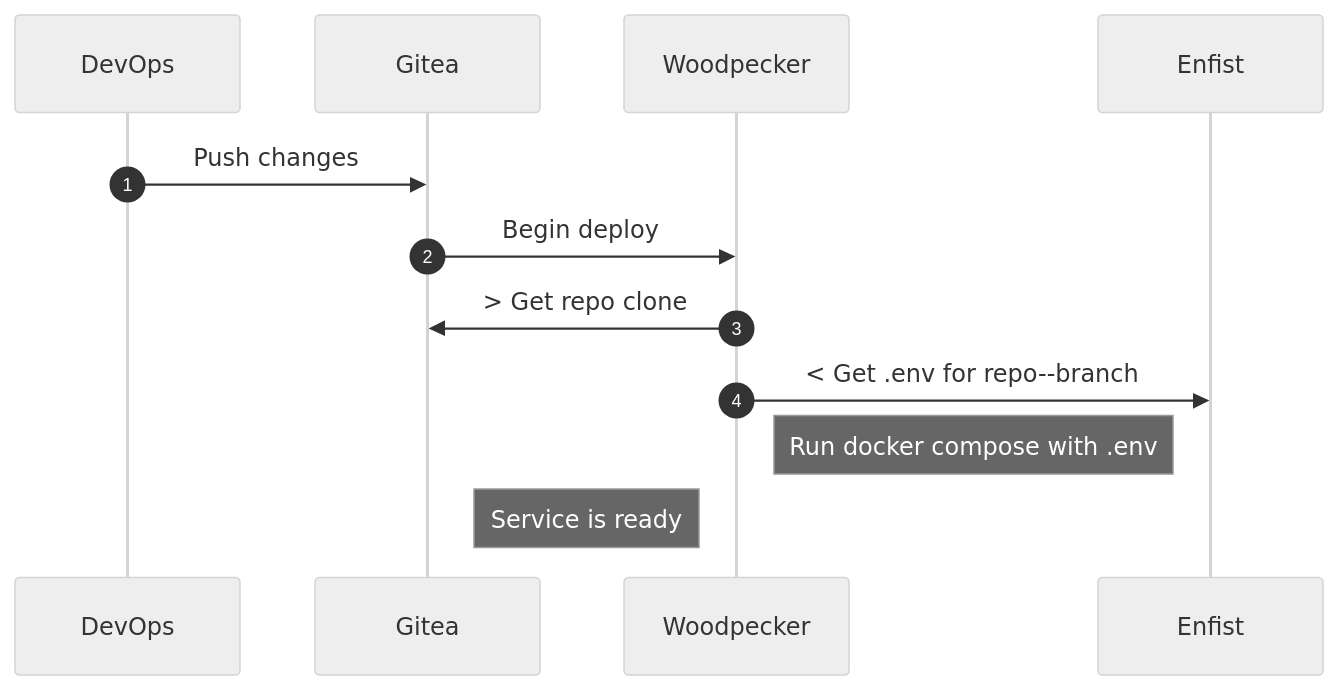
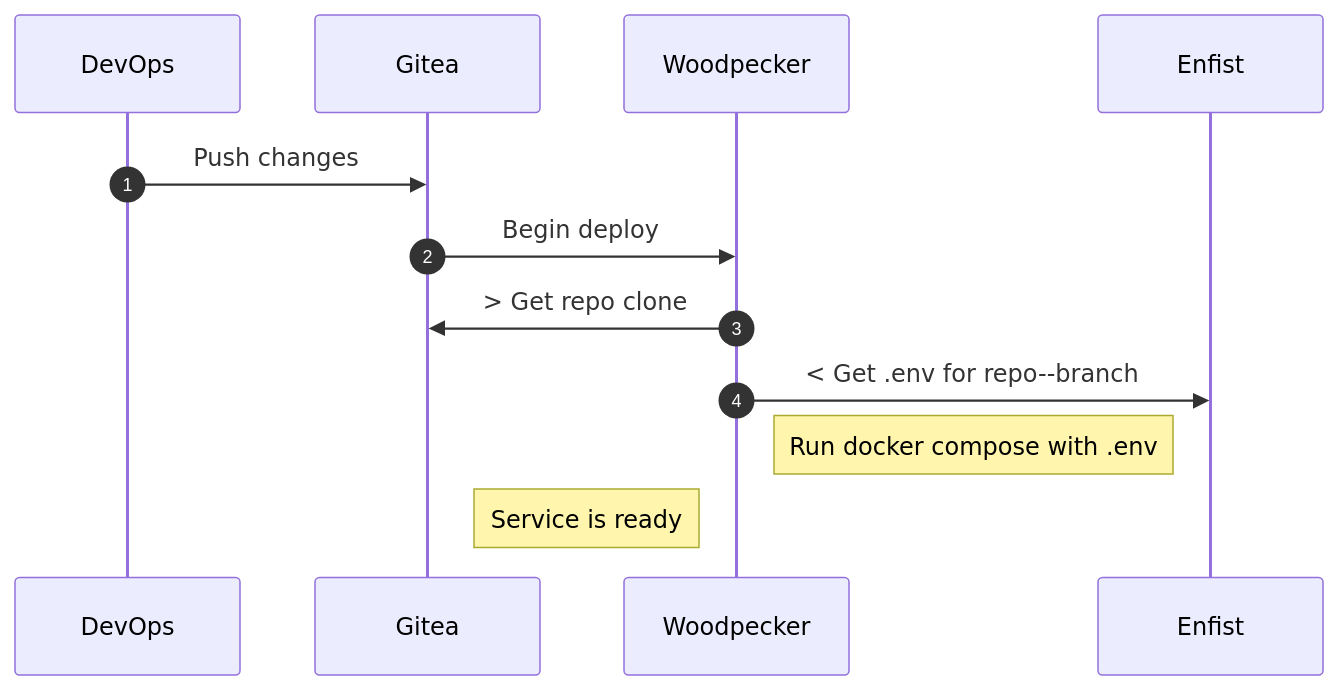
The third of 4 diagrams in charts.md (dopos/dcape), drawn with Mermaid before and after one commit. The commit also changed other lines of this file, not shown here.

Commit message:
test: rm "theme": "neutral",

````diff
--- a/charts.md
+++ b/charts.md
@@ -106,17 +106,17 @@
 ```mermaid
-%%{init: {"theme": "neutral","flowchart": { "curve": "linear"}} }%%
+%%{init: {"flowchart": { "curve": "linear"}} }%%
 sequenceDiagram
     autonumber
     participant A as DevOps
     participant G as Gitea
     participant W as Woodpecker
     participant C as Enfist
 
     A->>G: Push changes
     G->>W: Begin deploy
     W->>G: > Get repo clone
     W->>C: < Get .env for repo--branch
     Note right of W: Run docker compose with .env
     Note left of W: Service is ready
 
 ```
````
